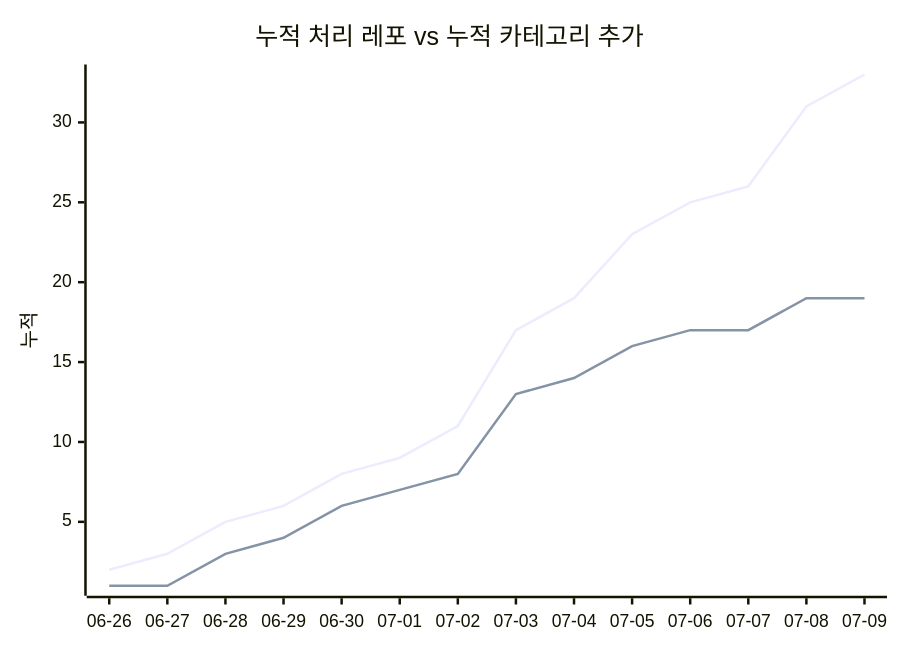
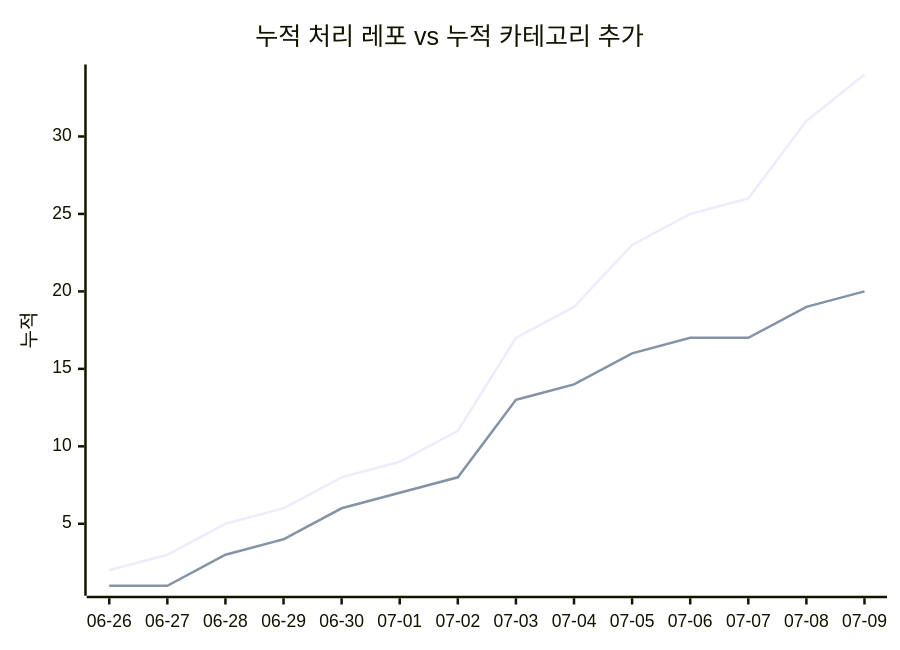
The second of 2 diagrams in docs/trends.md (J-nowcow/awesome-korean-agent-skills), drawn with Mermaid before and after one commit. The commit also changed other lines of this file and 4 other files, not shown here.

````diff
--- a/docs/trends.md
+++ b/docs/trends.md
@@ -68,8 +68,8 @@
 ```mermaid
 xychart-beta
     title "누적 처리 레포 vs 누적 카테고리 추가"
     x-axis ["06-26","06-27","06-28","06-29","06-30","07-01","07-02","07-03","07-04","07-05","07-06","07-07","07-08","07-09"]
     y-axis "누적"
-    line [2,3,5,6,8,9,11,17,19,23,25,26,31,33]
-    line [1,1,3,4,6,7,8,13,14,16,17,17,19,19]
+    line [2,3,5,6,8,9,11,17,19,23,25,26,31,34]
+    line [1,1,3,4,6,7,8,13,14,16,17,17,19,20]
 ```
````
